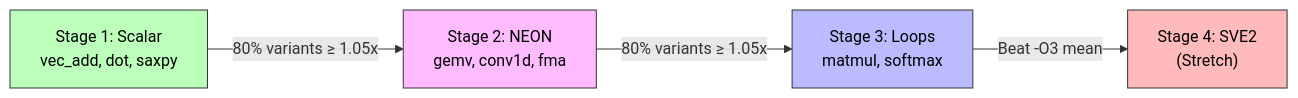
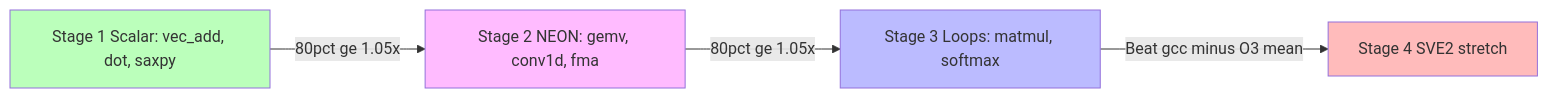
Before and after one commit to ka-ori/arm-gym: the second of 2 diagrams in blog.md, drawn with Mermaid. The commit also changed other lines of this file and 1 other file, not shown here.

First line of the commit message:
docs: fix Mermaid diagrams for HF/GitHub (graph LR, ASCII labels)

````diff
--- a/blog.md
+++ b/blog.md
@@ -170,11 +169,10 @@
 ```mermaid
-flowchart LR
-    S1["Stage 1: Scalar<br/>vec_add, dot, saxpy"] -->|"80% variants ≥ 1.05x"| S2["Stage 2: NEON<br/>gemv, conv1d, fma"]
-    S2 -->|"80% variants ≥ 1.05x"| S3["Stage 3: Loops<br/>matmul, softmax"]
-    S3 -->|"Beat -O3 mean"| S4["Stage 4: SVE2<br/>(Stretch)"]
-
-    style S1 fill:#bfb,stroke:#333,color:#000
-    style S2 fill:#fbf,stroke:#333,color:#000
-    style S3 fill:#bbf,stroke:#333,color:#000
-    style S4 fill:#fbb,stroke:#333,color:#000
+graph LR
+    S1["Stage 1 Scalar: vec_add, dot, saxpy"] -->|80pct ge 1.05x| S2["Stage 2 NEON: gemv, conv1d, fma"]
+    S2 -->|80pct ge 1.05x| S3["Stage 3 Loops: matmul, softmax"]
+    S3 -->|Beat gcc minus O3 mean| S4["Stage 4 SVE2 stretch"]
+    style S1 fill:#bbffbb
+    style S2 fill:#ffbbff
+    style S3 fill:#bbbbff
+    style S4 fill:#ffbbbb
 ```
````
